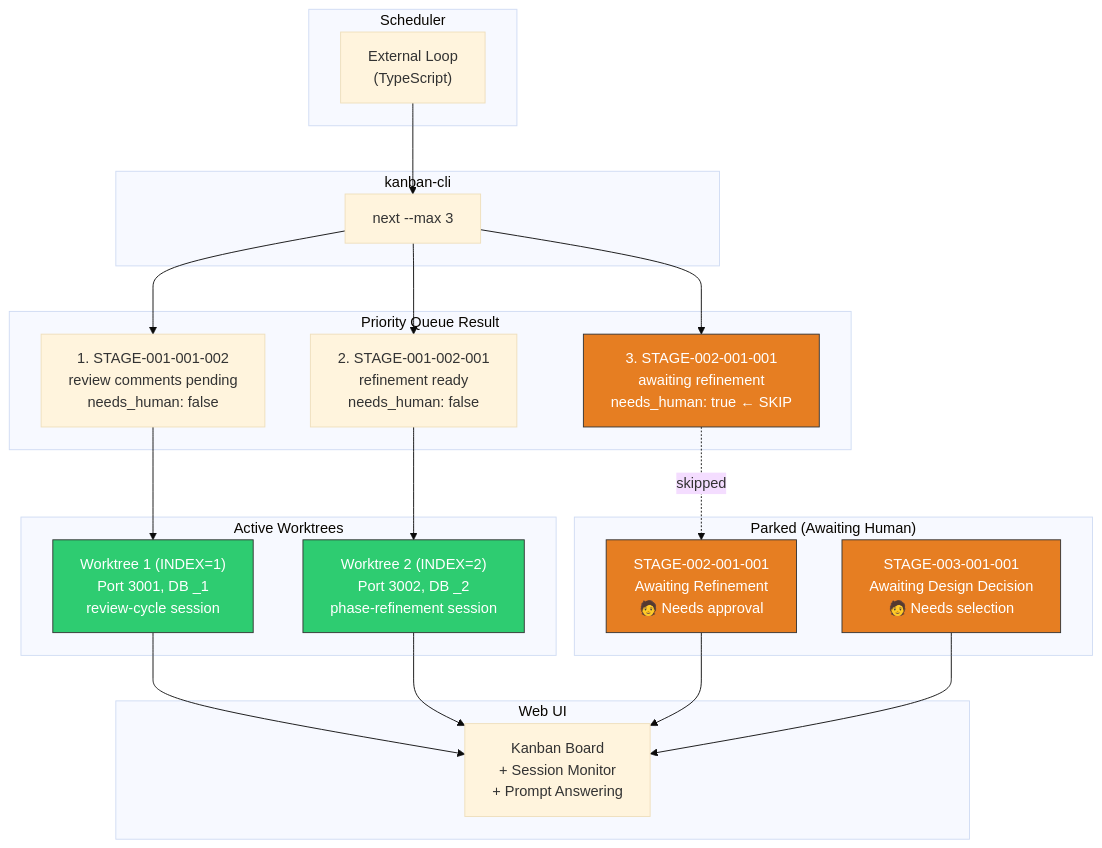
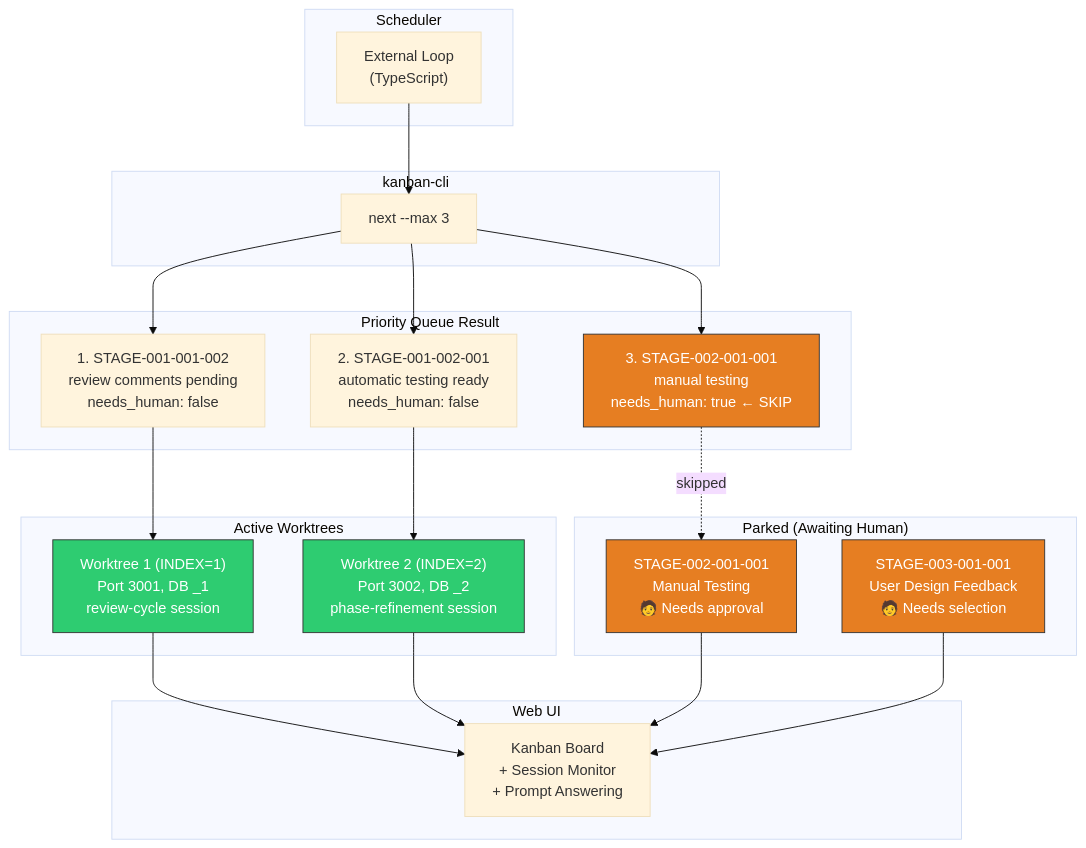
Before and after one commit to jakekausler/claude-code-workflow: diagram 22 of 24 in docs/plans/2026-02-16-kanban-workflow-end-state.md, drawn with Mermaid (base theme). The commit also changed other lines of this file, not shown here.

Commit message:
docs: update end-state vision with modularity architecture and column renames

````diff
--- a/docs/plans/2026-02-16-kanban-workflow-end-state.md
+++ b/docs/plans/2026-02-16-kanban-workflow-end-state.md
@@ -1153,48 +1189,48 @@
 ```mermaid
 flowchart TD
     subgraph "Scheduler"
         SC["External Loop<br/>(TypeScript)"]
     end
 
     subgraph "kanban-cli"
         CLI["next --max 3"]
     end
 
     subgraph "Priority Queue Result"
         PQ1["1. STAGE-001-001-002<br/>review comments pending<br/>needs_human: false"]
-        PQ2["2. STAGE-001-002-001<br/>refinement ready<br/>needs_human: false"]
-        PQ3["3. STAGE-002-001-001<br/>awaiting refinement<br/>needs_human: true ← SKIP"]
+        PQ2["2. STAGE-001-002-001<br/>automatic testing ready<br/>needs_human: false"]
+        PQ3["3. STAGE-002-001-001<br/>manual testing<br/>needs_human: true ← SKIP"]
     end
 
     subgraph "Active Worktrees"
         WT1["Worktree 1 (INDEX=1)<br/>Port 3001, DB _1<br/>review-cycle session"]
         WT2["Worktree 2 (INDEX=2)<br/>Port 3002, DB _2<br/>phase-refinement session"]
     end
 
     subgraph "Parked (Awaiting Human)"
-        P1["STAGE-002-001-001<br/>Awaiting Refinement<br/>🧑 Needs approval"]
-        P2["STAGE-003-001-001<br/>Awaiting Design Decision<br/>🧑 Needs selection"]
+        P1["STAGE-002-001-001<br/>Manual Testing<br/>🧑 Needs approval"]
+        P2["STAGE-003-001-001<br/>User Design Feedback<br/>🧑 Needs selection"]
     end
 
     subgraph "Web UI"
         WU["Kanban Board<br/>+ Session Monitor<br/>+ Prompt Answering"]
     end
 
     SC --> CLI
     CLI --> PQ1
     CLI --> PQ2
     CLI --> PQ3
     PQ1 --> WT1
     PQ2 --> WT2
     PQ3 -.->|skipped| P1
     WT1 --> WU
     WT2 --> WU
     P1 --> WU
     P2 --> WU
 
     style PQ3 fill:#e67e22,stroke:#333,color:#fff
     style P1 fill:#e67e22,stroke:#333,color:#fff
     style P2 fill:#e67e22,stroke:#333,color:#fff
     style WT1 fill:#2ecc71,stroke:#333,color:#fff
     style WT2 fill:#2ecc71,stroke:#333,color:#fff
 ```
````
